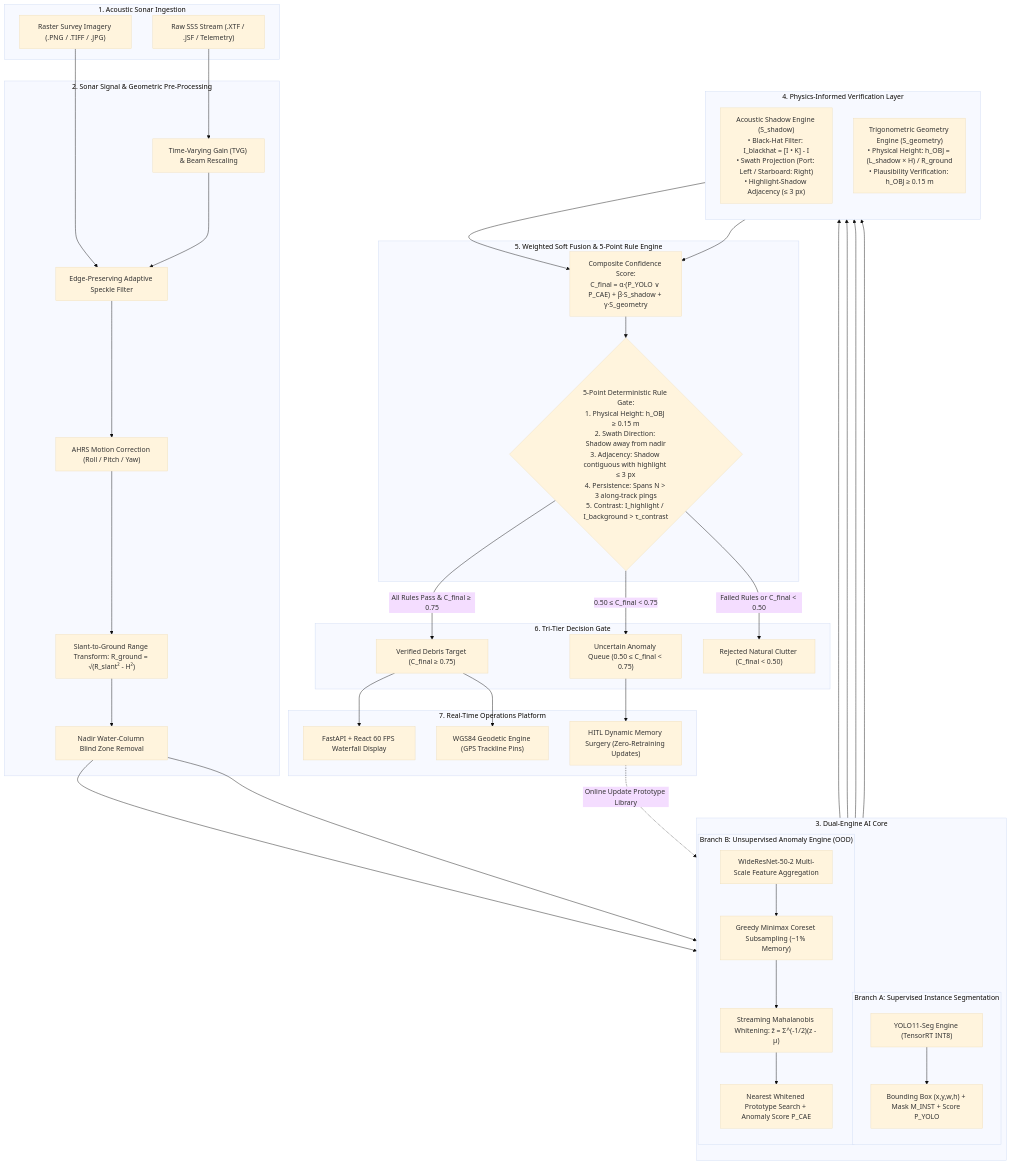
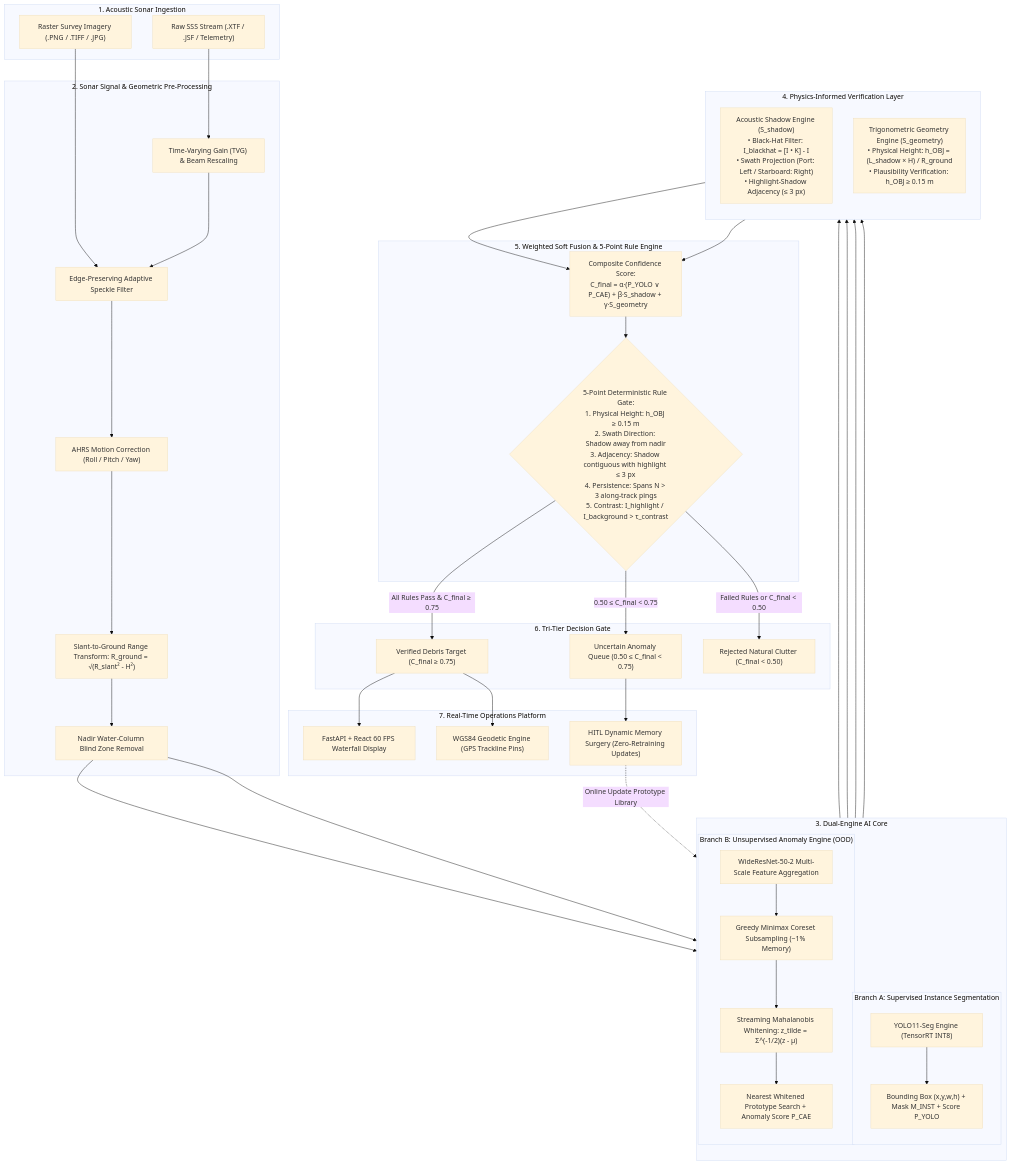
The diagram in README.md (Rehodra/debris-detection), drawn with Mermaid (base theme) before and after one commit. The commit also changed other lines of this file, not shown here.

````diff
--- a/README.md
+++ b/README.md
@@ -59,80 +59,80 @@
 ```mermaid
 graph TD
     %% Input Sources
     subgraph S1["1. Acoustic Sonar Ingestion"]
         RAW["Raw SSS Stream (.XTF / .JSF / Telemetry)"]
         RASTER["Raster Survey Imagery (.PNG / .TIFF / .JPG)"]
     end
 
     %% Pre-Processing Pipeline
     subgraph S2["2. Sonar Signal & Geometric Pre-Processing"]
         TVG["Time-Varying Gain (TVG) & Beam Rescaling"]
         SPECKLE["Edge-Preserving Adaptive Speckle Filter"]
         MOTION["AHRS Motion Correction (Roll / Pitch / Yaw)"]
         SLANT["Slant-to-Ground Range Transform: R_ground = √(R_slant² - H²)"]
         NADIR["Nadir Water-Column Blind Zone Removal"]
     end
 
     RAW --> TVG
     RASTER --> SPECKLE
     TVG --> SPECKLE --> MOTION --> SLANT --> NADIR
 
     %% Dual AI Engine
     subgraph S3["3. Dual-Engine AI Core"]
         direction TB
         subgraph BranchA["Branch A: Supervised Instance Segmentation"]
             YOLO["YOLO11-Seg Engine (TensorRT INT8)"]
             OUT_A["Bounding Box (x,y,w,h) + Mask M_INST + Score P_YOLO"]
         end
         subgraph BranchB["Branch B: Unsupervised Anomaly Engine (OOD)"]
             WRN["WideResNet-50-2 Multi-Scale Feature Aggregation"]
             CORESET["Greedy Minimax Coreset Subsampling (~1% Memory)"]
-            MAHAL["Streaming Mahalanobis Whitening: z̃ = Σ^(-1/2)(z - μ)"]
+            MAHAL["Streaming Mahalanobis Whitening: z_tilde = Σ^(-1/2)(z - μ)"]
             SCORE_B["Nearest Whitened Prototype Search + Anomaly Score P_CAE"]
         end
     end
 
     NADIR --> YOLO --> OUT_A
     NADIR --> WRN --> CORESET --> MAHAL --> SCORE_B
 
     %% Physics Verification
     subgraph S4["4. Physics-Informed Verification Layer"]
         direction TB
         SHADOW_ENG["Acoustic Shadow Engine (S_shadow)<br/>• Black-Hat Filter: I_blackhat = [I • K] - I<br/>• Swath Projection (Port: Left / Starboard: Right)<br/>• Highlight-Shadow Adjacency (≤ 3 px)"]
         GEOM_ENG["Trigonometric Geometry Engine (S_geometry)<br/>• Physical Height: h_OBJ = (L_shadow × H) / R_ground<br/>• Plausibility Verification: h_OBJ ≥ 0.15 m"]
     end
 
     OUT_A & SCORE_B --> SHADOW_ENG
     OUT_A & SCORE_B --> GEOM_ENG
 
     %% Soft Fusion & 5-Point Rule Gate
     subgraph S5["5. Weighted Soft Fusion & 5-Point Rule Engine"]
         FUSION["Composite Confidence Score:<br/>C_final = α·(P_YOLO ∨ P_CAE) + β·S_shadow + γ·S_geometry"]
         RULES{"5-Point Deterministic Rule Gate:<br/>1. Physical Height: h_OBJ ≥ 0.15 m<br/>2. Swath Direction: Shadow away from nadir<br/>3. Adjacency: Shadow contiguous with highlight ≤ 3 px<br/>4. Persistence: Spans N > 3 along-track pings<br/>5. Contrast: I_highlight / I_background > τ_contrast"}
     end
 
     SHADOW_ENG & GEOM_ENG --> FUSION --> RULES
 
     %% Decision Gate
     subgraph S6["6. Tri-Tier Decision Gate"]
         PASS["Verified Debris Target (C_final ≥ 0.75)"]
         HITL["Uncertain Anomaly Queue (0.50 ≤ C_final < 0.75)"]
         REJECT["Rejected Natural Clutter (C_final < 0.50)"]
     end
 
     RULES -- "All Rules Pass & C_final ≥ 0.75" --> PASS
     RULES -- "0.50 ≤ C_final < 0.75" --> HITL
     RULES -- "Failed Rules or C_final < 0.50" --> REJECT
 
     %% Operations & UI
     subgraph S7["7. Real-Time Operations Platform"]
         WATERFALL["FastAPI + React 60 FPS Waterfall Display"]
         GEOMAP["WGS84 Geodetic Engine (GPS Trackline Pins)"]
         SURGERY["HITL Dynamic Memory Surgery (Zero-Retraining Updates)"]
     end
 
     PASS --> GEOMAP
     PASS --> WATERFALL
     HITL --> SURGERY
     SURGERY -.->|"Online Update Prototype Library"| CORESET
 ```
````
